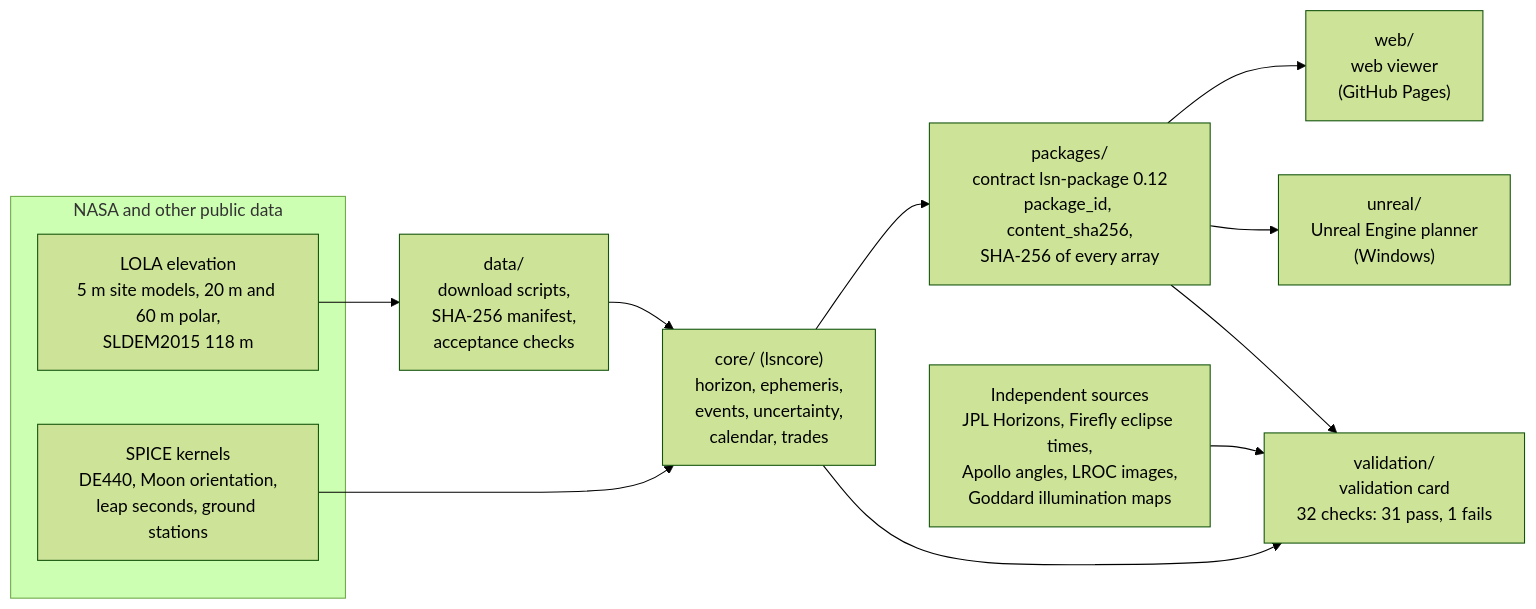
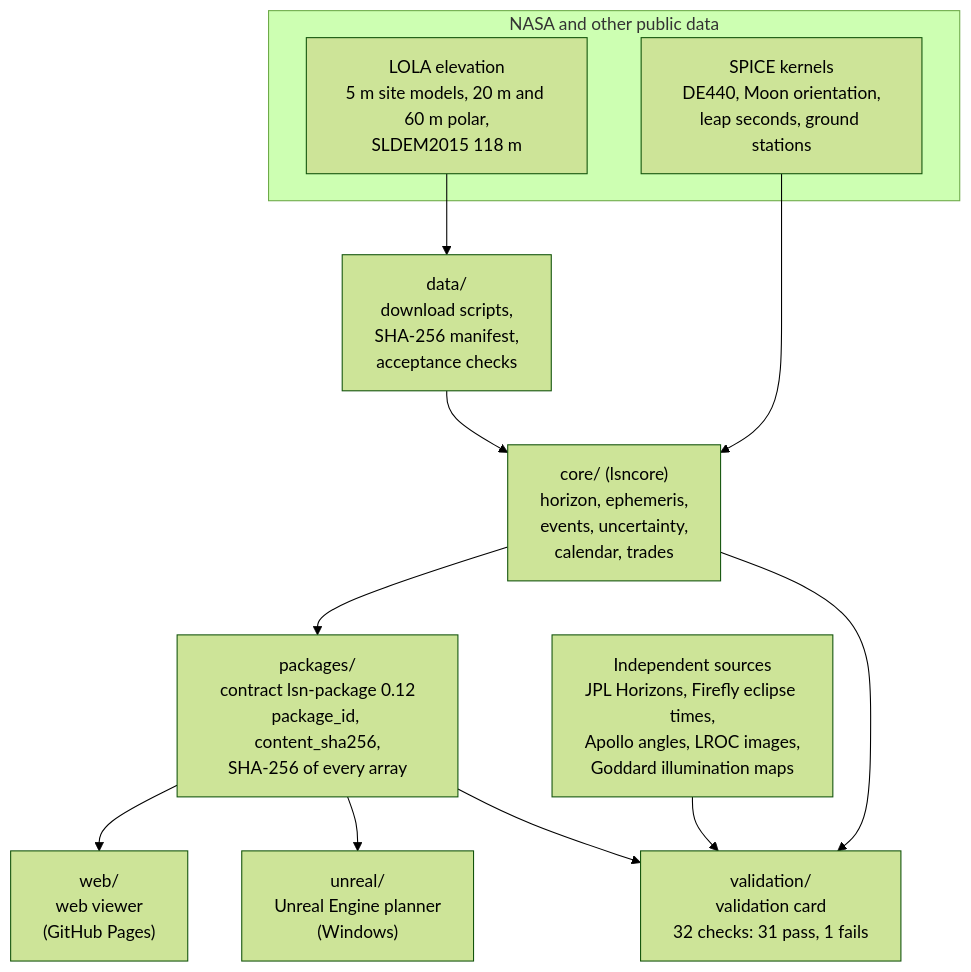
One commit to Littiary/lunar-site-navigator changed the diagram in docs/architecture.md. Above: the diagram before and after it, drawn with Mermaid (forest theme).

Commit message:
Architecture: diagram top to bottom so that the labels fit the page width

````diff
--- a/docs/architecture.md
+++ b/docs/architecture.md
@@ -5,25 +5,25 @@
 ```mermaid
-flowchart LR
+flowchart TB
     subgraph NASA["NASA and other public data"]
         LOLA["LOLA elevation<br/>5 m site models, 20 m and 60 m polar,<br/>SLDEM2015 118 m"]
         SPICE["SPICE kernels<br/>DE440, Moon orientation,<br/>leap seconds, ground stations"]
     end
 
     DATA["data/<br/>download scripts,<br/>SHA-256 manifest,<br/>acceptance checks"]
     CORE["core/ (lsncore)<br/>horizon, ephemeris,<br/>events, uncertainty,<br/>calendar, trades"]
     PKG["packages/<br/>contract lsn-package 0.12<br/>package_id, content_sha256,<br/>SHA-256 of every array"]
     WEB["web/<br/>web viewer<br/>(GitHub Pages)"]
     UE["unreal/<br/>Unreal Engine planner<br/>(Windows)"]
     VAL["validation/<br/>validation card<br/>32 checks: 31 pass, 1 fails"]
     REF["Independent sources<br/>JPL Horizons, Firefly eclipse times,<br/>Apollo angles, LROC images,<br/>Goddard illumination maps"]
 
     LOLA --> DATA
     SPICE --> CORE
     DATA --> CORE
     CORE --> PKG
     PKG --> WEB
     PKG --> UE
     CORE --> VAL
     PKG --> VAL
     REF --> VAL
 ```
````
